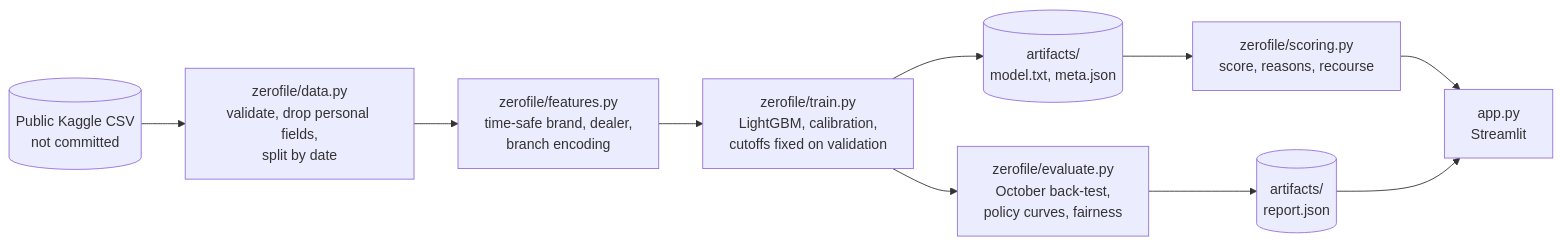
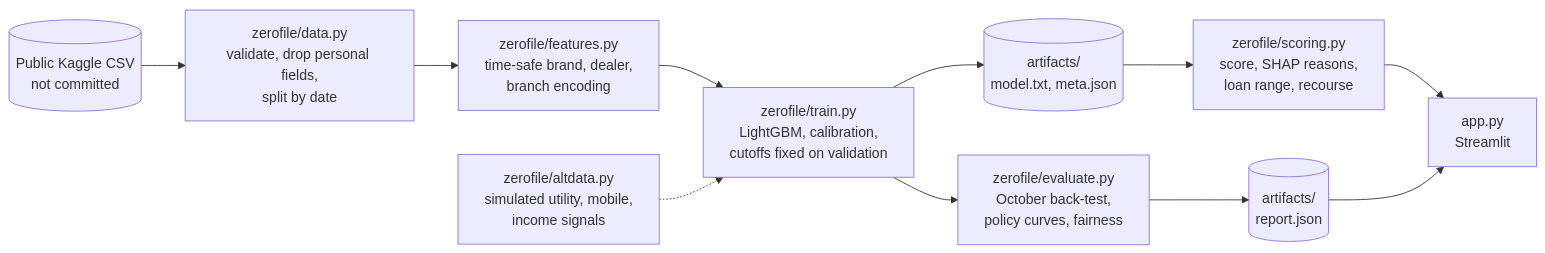
Before and after one commit to Aayush657/zerofile-credit: the diagram in README.md, drawn with Mermaid. The commit also changed other lines of this file and 8 other files, not shown here.

````diff
--- a/README.md
+++ b/README.md
@@ -108,12 +140,13 @@
 ```mermaid
 flowchart LR
     A[(Public Kaggle CSV<br/>not committed)] --> B[zerofile/data.py<br/>validate, drop personal fields,<br/>split by date]
     B --> C[zerofile/features.py<br/>time-safe brand, dealer,<br/>branch encoding]
     C --> D[zerofile/train.py<br/>LightGBM, calibration,<br/>cutoffs fixed on validation]
     D --> E[zerofile/evaluate.py<br/>October back-test,<br/>policy curves, fairness]
     D --> F[(artifacts/<br/>model.txt, meta.json)]
     E --> G[(artifacts/<br/>report.json)]
-    F --> H[zerofile/scoring.py<br/>score, reasons, recourse]
+    F --> H[zerofile/scoring.py<br/>score, SHAP reasons,<br/>loan range, recourse]
     H --> I[app.py<br/>Streamlit]
     G --> I
+    J[zerofile/altdata.py<br/>simulated utility, mobile,<br/>income signals] -.-> D
 ```
````
